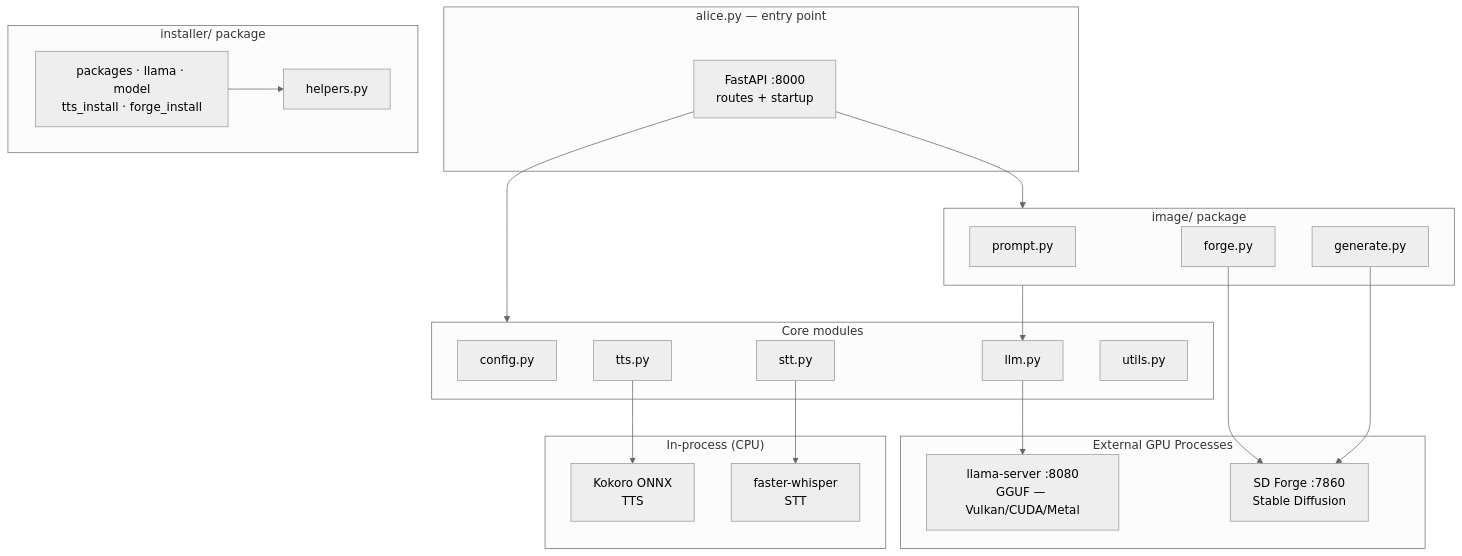
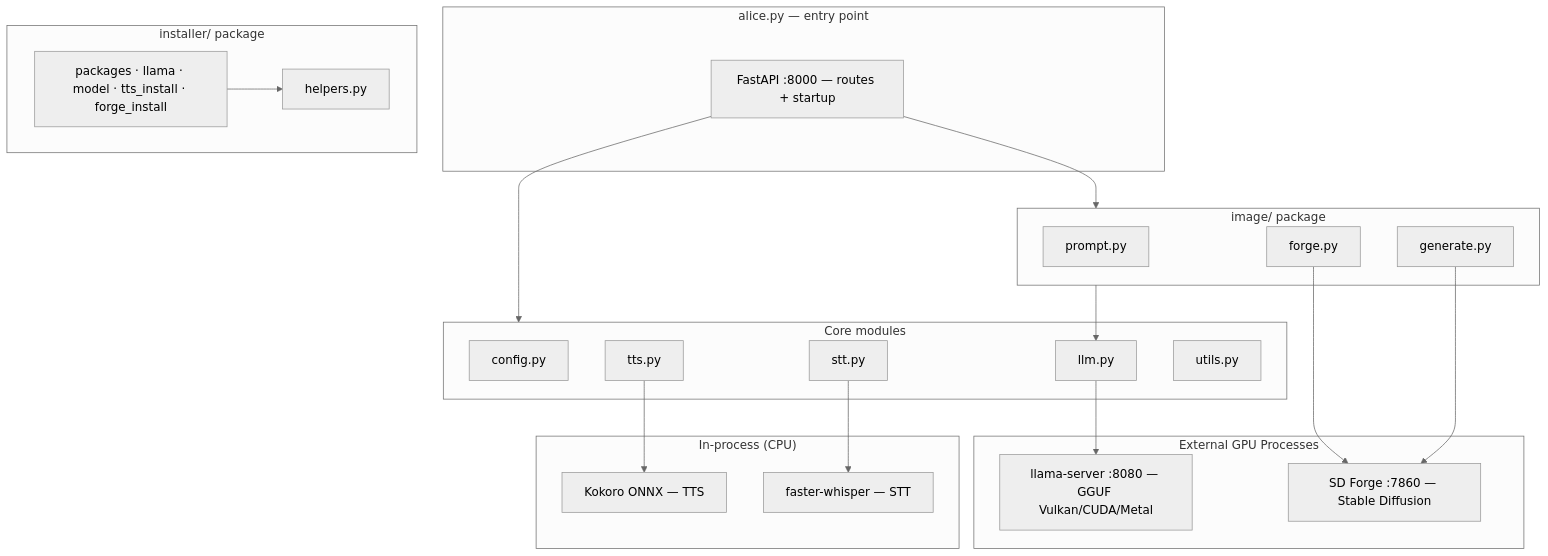
One commit to cschladetsch/PyLocalEnsemble changed the first of 3 diagrams in Roadmap.md. Above: the diagram before and after it, drawn with Mermaid (neutral theme). The commit also changed other lines of this file and 1 other file, not shown here.

Commit message:
Fix Mermaid diagrams: replace multi-line labels with single-line em-dash style

````diff
--- a/Roadmap.md
+++ b/Roadmap.md
@@ -31,45 +31,45 @@
 ```mermaid
 graph TD
     subgraph App ["alice.py — entry point"]
-        Routes["FastAPI :8000<br/>routes + startup"]
+        Routes["FastAPI :8000 — routes + startup"]
     end
 
     subgraph Core ["Core modules"]
         Config["config.py"]
         LLM["llm.py"]
         TTS_M["tts.py"]
         STT_M["stt.py"]
         Utils["utils.py"]
     end
 
     subgraph ImagePkg ["image/ package"]
         Prompt["prompt.py"]
         Forge_["forge.py"]
         Generate["generate.py"]
     end
 
     subgraph InstallPkg ["installer/ package"]
         Helpers["helpers.py"]
-        Steps["packages · llama · model<br/>tts_install · forge_install"]
+        Steps["packages · llama · model · tts_install · forge_install"]
     end
 
     subgraph GPU ["External GPU Processes"]
-        LlamaServer["llama-server :8080<br/>GGUF — Vulkan/CUDA/Metal"]
-        Forge["SD Forge :7860<br/>Stable Diffusion"]
+        LlamaServer["llama-server :8080 — GGUF Vulkan/CUDA/Metal"]
+        Forge["SD Forge :7860 — Stable Diffusion"]
     end
 
     subgraph CPU ["In-process (CPU)"]
-        Kokoro["Kokoro ONNX<br/>TTS"]
-        Whisper["faster-whisper<br/>STT"]
+        Kokoro["Kokoro ONNX — TTS"]
+        Whisper["faster-whisper — STT"]
     end
 
     Routes --> Core
     Routes --> ImagePkg
     ImagePkg --> LLM
     LLM --> LlamaServer
     Forge_ --> Forge
     Generate --> Forge
     TTS_M --> Kokoro
     STT_M --> Whisper
     Steps --> Helpers
 ```
````
